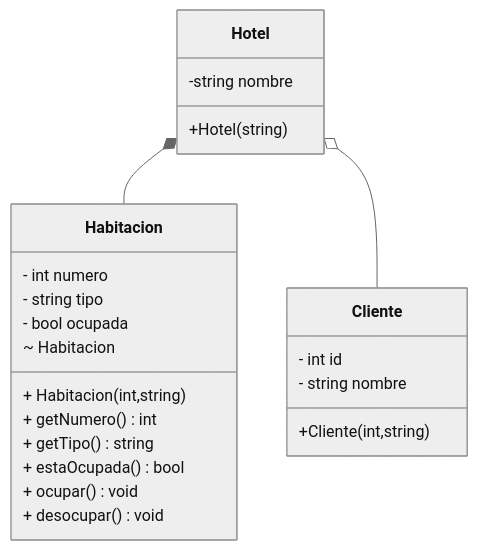
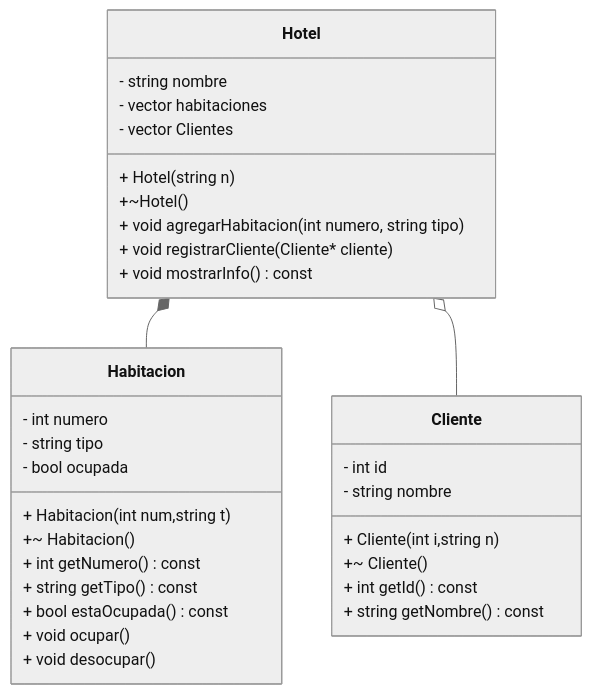
The diagram in solucion.md (valemm13/ejercicios_21_mar), drawn with Mermaid (neutral theme) before and after one commit.

Commit message:
Diagrama programa1

````diff
--- a/solucion.md
+++ b/solucion.md
@@ -1,30 +1,39 @@
 ``` mermaid
 classDiagram
 
 class Habitacion{
 - int numero
 - string tipo
 - bool ocupada
-+ Habitacion(int,string)
-~ Habitacion
-+ getNumero() int
-+ getTipo() string
-+ estaOcupada() bool
-+ ocupar() void
-+ desocupar()  void
++ Habitacion(int num,string t)
++~ Habitacion()
++ int getNumero() const
++ string getTipo() const
++ bool estaOcupada() const
++ void ocupar() 
++ void desocupar()  
 }
 
 class Cliente {
 - int id
 - string nombre
-+Cliente(int,string)
++ Cliente(int i,string n)
++~ Cliente()
++ int getId() const
++ string getNombre() const
 }
 
 class Hotel {
--string nombre
-+Hotel (string)
+- string nombre
+- vector <Habitacion> habitaciones
+- vector <Cliente*> Clientes
++ Hotel (string n)
++~Hotel()
++ void agregarHabitacion (int numero, string tipo)
++ void registrarCliente (Cliente* cliente)
++ void mostrarInfo() const
 }
 
 Hotel *-- Habitacion
 Hotel o-- Cliente
 ```
````
